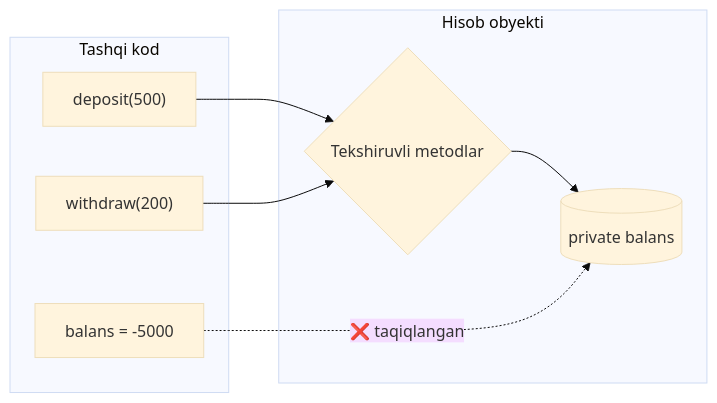
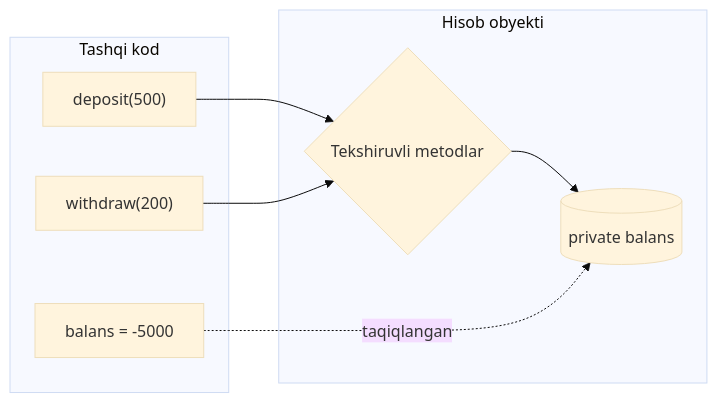
Before and after one commit to Otajonoov/dev: the diagram in Patterns/1. Design Patterns/0. OOP/2. Encapsulation.md, drawn with Mermaid (base theme). The commit also changed other lines of this file and 377 other files, not shown here.

````diff
--- a/Patterns/1. Design Patterns/0. OOP/2. Encapsulation.md
+++ b/Patterns/1. Design Patterns/0. OOP/2. Encapsulation.md
@@ -31,16 +31,16 @@
 ```mermaid
 flowchart LR
     subgraph T["Tashqi kod"]
         C1["deposit(500)"]
         C2["withdraw(200)"]
         C3["balans = -5000"]
     end
     subgraph H["Hisob obyekti"]
         M{"Tekshiruvli metodlar"}
         B[("private balans")]
     end
     C1 --> M
     C2 --> M
     M --> B
-    C3 -. "❌ taqiqlangan" .-> B
+    C3 -. "taqiqlangan" .-> B
 ```
````
